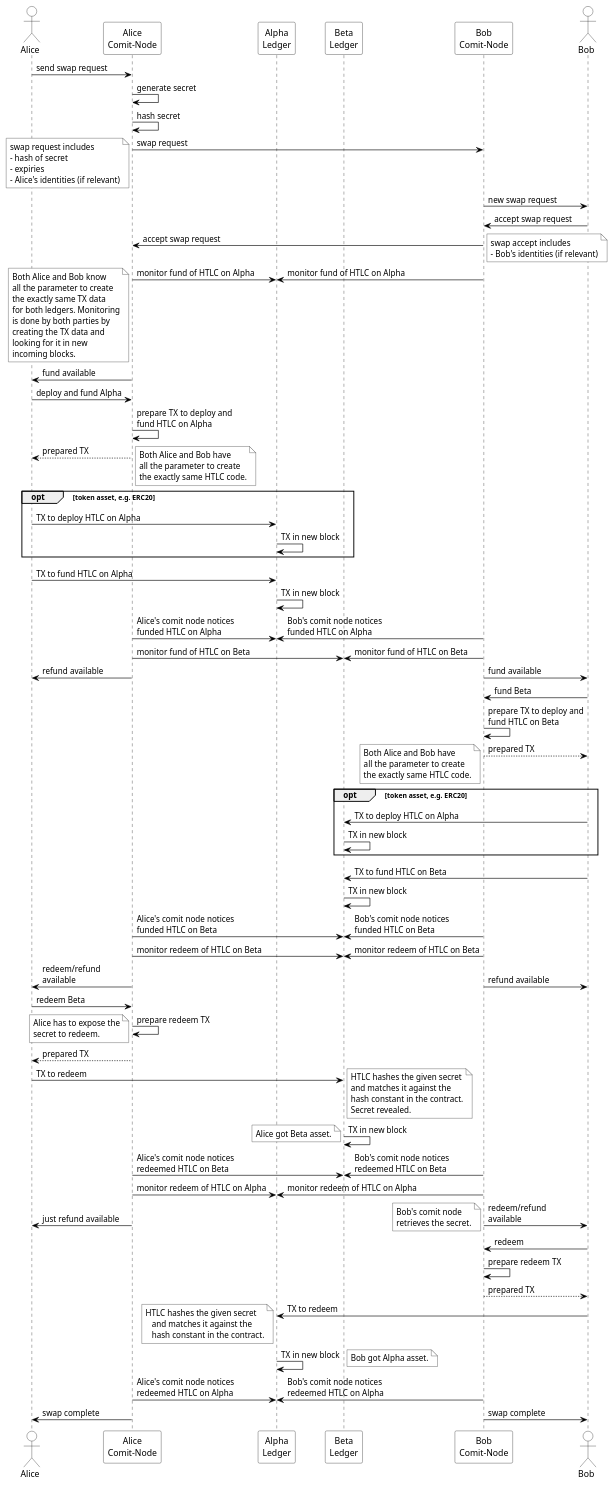
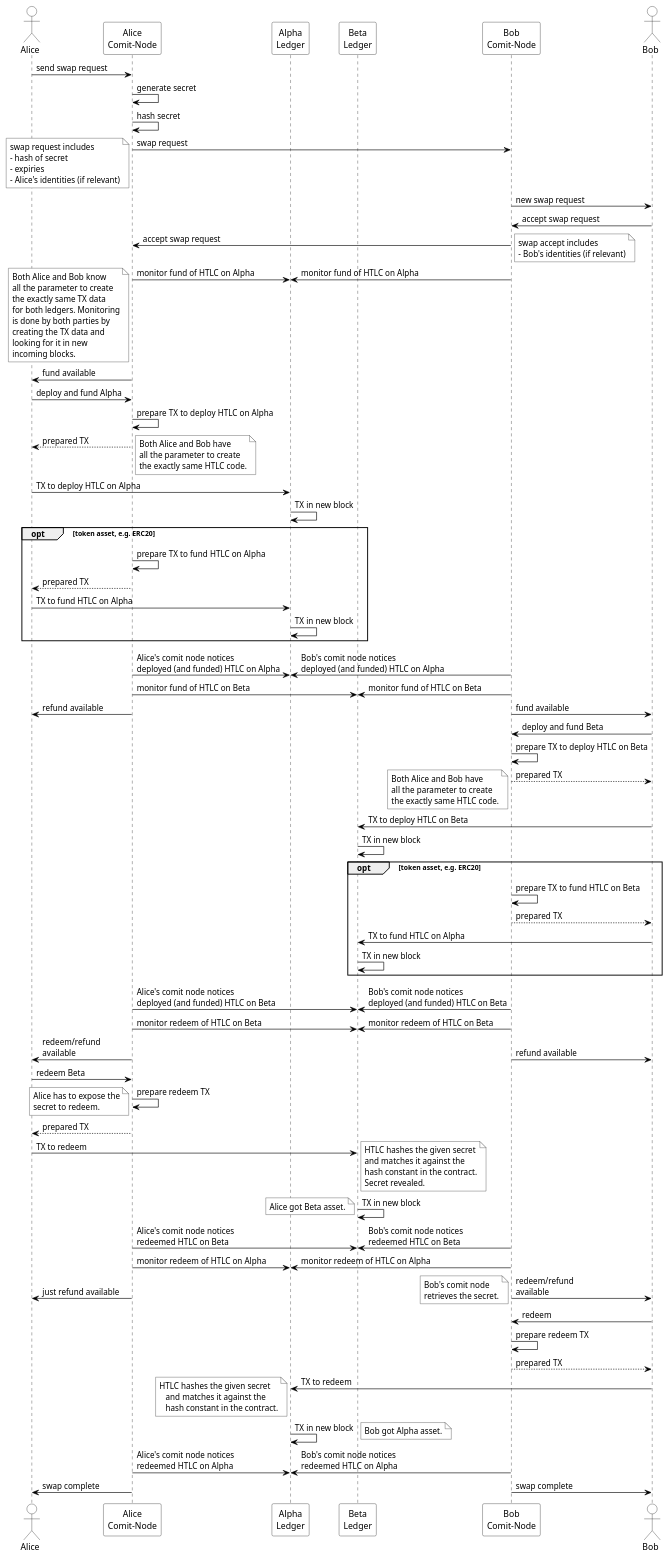
The diagram in assets/RFC003-AlphaBeta-AtomicSwap.puml (comit-network/RFCs), drawn with PlantUML before and after one commit.

Commit message:
adapt steps to match RFC003 wording and flow
* "Fund" is ERC20 specific
* "Deployment" is specified for all assets

```diff
--- a/assets/RFC003-AlphaBeta-AtomicSwap.puml
+++ b/assets/RFC003-AlphaBeta-AtomicSwap.puml
@@ -4,151 +4,155 @@
 @startuml
 ' #################################################
 ' SETTINGS: color settings of diagram
 ' #################################################
 skinparam sequence {
 	BorderColor black
 	ArrowColor black
 	ActorBorderColor black
 	LifeLineBorderColor black
 	LifeLineBackgroundColor white
 	
 	ParticipantBorderColor black
 	ParticipantBackgroundColor white
 	ParticipantFontColor black
 	
 	ActorBackgroundColor white
 	ActorFontColor black
 }
 ' #################################################
 ' ACTORS
 ' #################################################
 actor Alice
 participant "Alice\nComit-Node" as AC
 participant "Alpha\nLedger" as Alpha
 participant "Beta\nLedger" as Beta
 participant "Bob\nComit-Node" as BC
 actor Bob
 
 ' allow parallelism
 !pragma teoz true
 
 ' #################################################
 ' DIAGRAM
 ' #################################################
 Alice->AC: send swap request
 AC->AC: generate secret
 AC->AC: hash secret
 AC->BC: swap request 
 note left #white
 	swap request includes 
 	- hash of secret 
 	- expiries
 	- Alice's identities (if relevant)
 end note
 BC->Bob: new swap request
 Bob->BC: accept swap request
 BC->AC: accept swap request
 note right #white
 	swap accept includes
 	- Bob's identities (if relevant)
 end note
 BC->Alpha: monitor fund of HTLC on Alpha
 & AC->Alpha: monitor fund of HTLC on Alpha
 note left #white
 	Both Alice and Bob know
 	all the parameter to create
 	the exactly same TX data
 	for both ledgers. Monitoring
 	is done by both parties by
 	creating the TX data and
 	looking for it in new
 	incoming blocks.
 end note
 AC->Alice: fund available
 Alice->AC: deploy and fund Alpha
-AC->AC: prepare TX to deploy and\nfund HTLC on Alpha
+AC->AC: prepare TX to deploy HTLC on Alpha
 AC-->Alice: prepared TX
 note right #white
 	Both Alice and Bob have
 	all the parameter to create
 	the exactly same HTLC code.
 end note
+Alice->Alpha: TX to deploy HTLC on Alpha
+Alpha->Alpha: TX in new block
 opt token asset, e.g. ERC20
-   Alice->Alpha: TX to deploy HTLC on Alpha
-   Alpha->Alpha: TX in new block
+    AC->AC: prepare TX to fund HTLC on Alpha
+    AC-->Alice: prepared TX
+    Alice->Alpha: TX to fund HTLC on Alpha
+    Alpha->Alpha: TX in new block
 end
-Alice->Alpha: TX to fund HTLC on Alpha
-Alpha->Alpha: TX in new block
-AC->Alpha: Alice's comit node notices\nfunded HTLC on Alpha
-& BC->Alpha: Bob's comit node notices\nfunded HTLC on Alpha
+AC->Alpha: Alice's comit node notices\ndeployed (and funded) HTLC on Alpha
+& BC->Alpha: Bob's comit node notices\ndeployed (and funded) HTLC on Alpha
 BC->Beta: monitor fund of HTLC on Beta
 & AC->Beta: monitor fund of HTLC on Beta
 AC->Alice: refund available
 & BC->Bob: fund available
-Bob->BC: fund Beta
-BC->BC: prepare TX to deploy and\nfund HTLC on Beta
+Bob->BC: deploy and fund Beta
+BC->BC: prepare TX to deploy HTLC on Beta
 BC-->Bob: prepared TX
 note left #white
 	Both Alice and Bob have
 	all the parameter to create
 	the exactly same HTLC code.
 end note
+Bob->Beta: TX to deploy HTLC on Beta
+Beta->Beta: TX in new block
 opt token asset, e.g. ERC20
-   Bob->Beta: TX to deploy HTLC on Alpha
-   Beta->Beta: TX in new block
+    BC->BC: prepare TX to fund HTLC on Beta
+    BC-->Bob: prepared TX
+    Bob->Beta: TX to fund HTLC on Alpha
+    Beta->Beta: TX in new block
 end
-Bob->Beta: TX to fund HTLC on Beta
-Beta->Beta: TX in new block
-BC->Beta: Bob's comit node notices\nfunded HTLC on Beta
-& AC->Beta: Alice's comit node notices\nfunded HTLC on Beta
+BC->Beta: Bob's comit node notices\ndeployed (and funded) HTLC on Beta
+& AC->Beta: Alice's comit node notices\ndeployed (and funded) HTLC on Beta
 BC->Beta: monitor redeem of HTLC on Beta
 & AC->Beta: monitor redeem of HTLC on Beta
 BC->Bob: refund available
 & AC->Alice: redeem/refund\navailable
 Alice->AC: redeem Beta
 AC->AC: prepare redeem TX
 note left #white
 	Alice has to expose the
 	secret to redeem.
 end note
 AC-->Alice: prepared TX
 Alice->Beta: TX to redeem
 note right #white
 	HTLC hashes the given secret
 	and matches it against the
 	hash constant in the contract.
 	Secret revealed.
 end note
 Beta->Beta: TX in new block
 note left #white
 	Alice got Beta asset.
 end note
 AC->Beta: Alice's comit node notices\nredeemed HTLC on Beta
 & BC->Beta: Bob's comit node notices\nredeemed HTLC on Beta
 BC->Alpha: monitor redeem of HTLC on Alpha
 & AC->Alpha: monitor redeem of HTLC on Alpha
 AC->Alice: just refund available
 & BC->Bob: redeem/refund\navailable
 note left #white
 	Bob's comit node
 	retrieves the secret.
 end note
 Bob->BC: redeem
 BC->BC: prepare redeem TX
 BC-->Bob: prepared TX
 Bob->Alpha: TX to redeem
 note left #white
 	HTLC hashes the given secret
     and matches it against the
     hash constant in the contract.
 end note
 Alpha->Alpha: TX in new block
 note right #white
 	Bob got Alpha asset.
 end note
 AC->Alpha: Alice's comit node notices\nredeemed HTLC on Alpha
 & BC->Alpha: Bob's comit node notices\nredeemed HTLC on Alpha
 AC->Alice: swap complete
 & BC->Bob: swap complete
 
 @enduml
```
